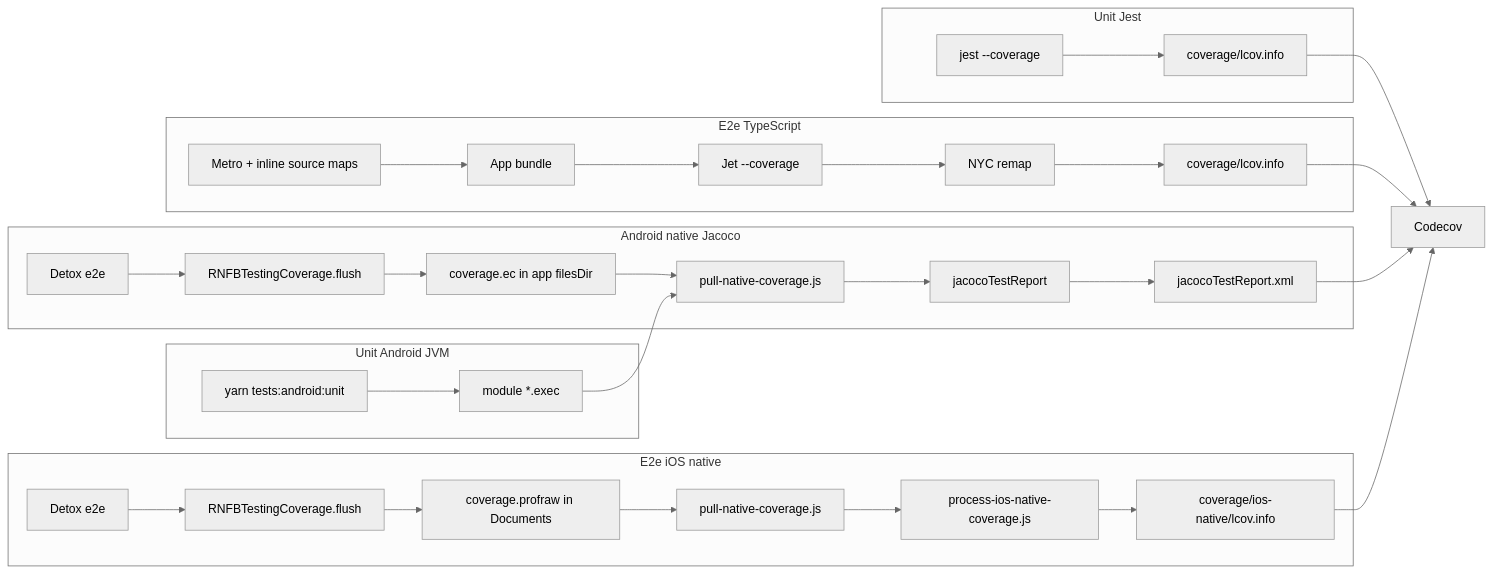
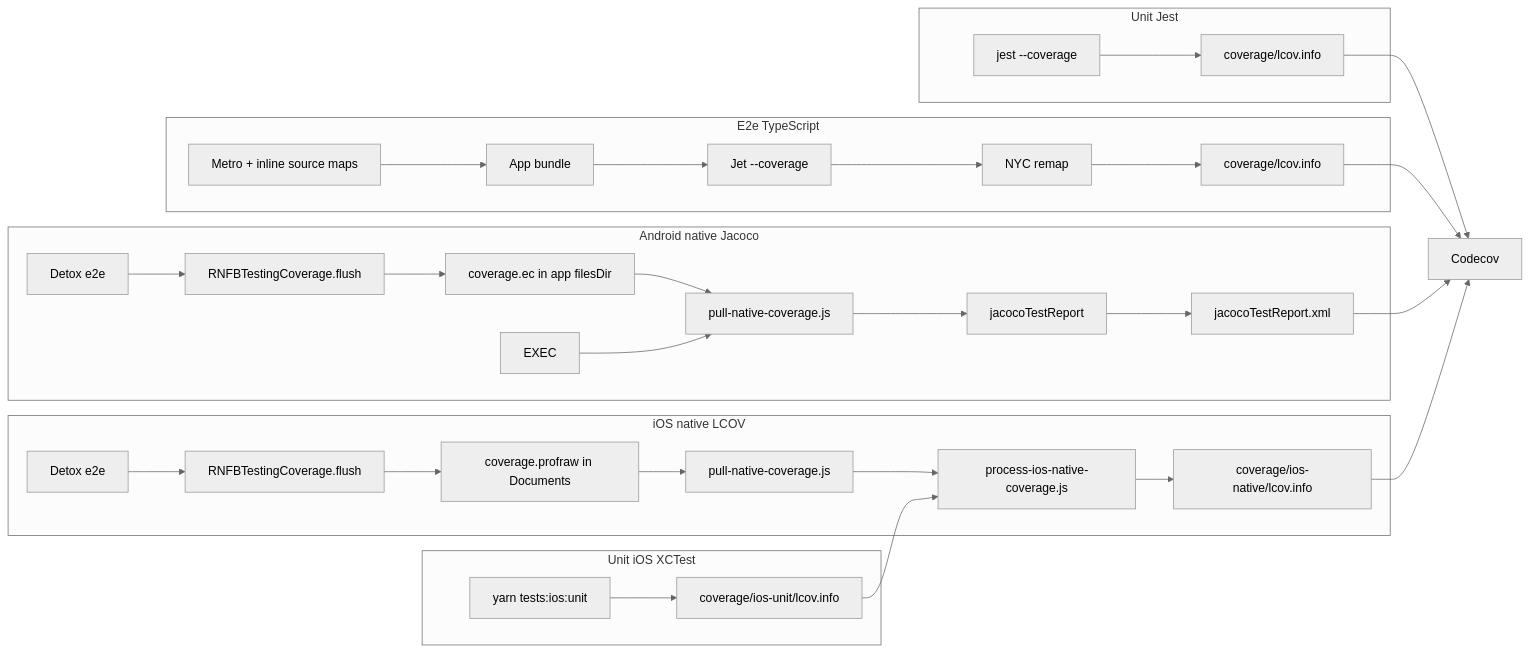
Before and after one commit to invertase/react-native-firebase: the diagram in okf-bundle/testing/coverage-design.md, drawn with Mermaid (neutral theme). The commit also changed other lines of this file and 24 other files, not shown here.

Commit message:
test(app, ios): add in-package XCTest for RNFBHandleMap

````diff
--- a/okf-bundle/testing/coverage-design.md
+++ b/okf-bundle/testing/coverage-design.md
@@ -155,34 +160,35 @@
 ```mermaid
 flowchart LR
   subgraph unit [Unit Jest]
     J1[jest --coverage] --> J2[coverage/lcov.info]
   end
-  subgraph android_jvm [Unit Android JVM]
-    U1[yarn tests:android:unit] --> EXEC["module *.exec"]
+  subgraph ios_unit [Unit iOS XCTest]
+    U2[yarn tests:ios:unit] --> UNITLCOV["coverage/ios-unit/lcov.info"]
   end
   subgraph ts_e2e [E2e TypeScript]
     M[Metro + inline source maps] --> A[App bundle]
     A --> J[Jet --coverage]
     J --> N[NYC remap]
     N --> T2[coverage/lcov.info]
   end
   subgraph android_native [Android native Jacoco]
     D1[Detox e2e] --> FLA[RNFBTestingCoverage.flush]
     FLA --> EC[coverage.ec in app filesDir]
     EC --> P1[pull-native-coverage.js]
     EXEC --> P1
     P1 --> JTR[jacocoTestReport]
     JTR --> AX[jacocoTestReport.xml]
   end
-  subgraph ios_native [E2e iOS native]
+  subgraph ios_native [iOS native LCOV]
     D2[Detox e2e] --> FLI[RNFBTestingCoverage.flush]
     FLI --> PR[coverage.profraw in Documents]
     PR --> P2[pull-native-coverage.js]
     P2 --> LLVM[process-ios-native-coverage.js]
+    UNITLCOV --> LLVM
     LLVM --> I2[coverage/ios-native/lcov.info]
   end
   J2 --> C[Codecov]
   T2 --> C
   AX --> C
   I2 --> C
 ```
````
